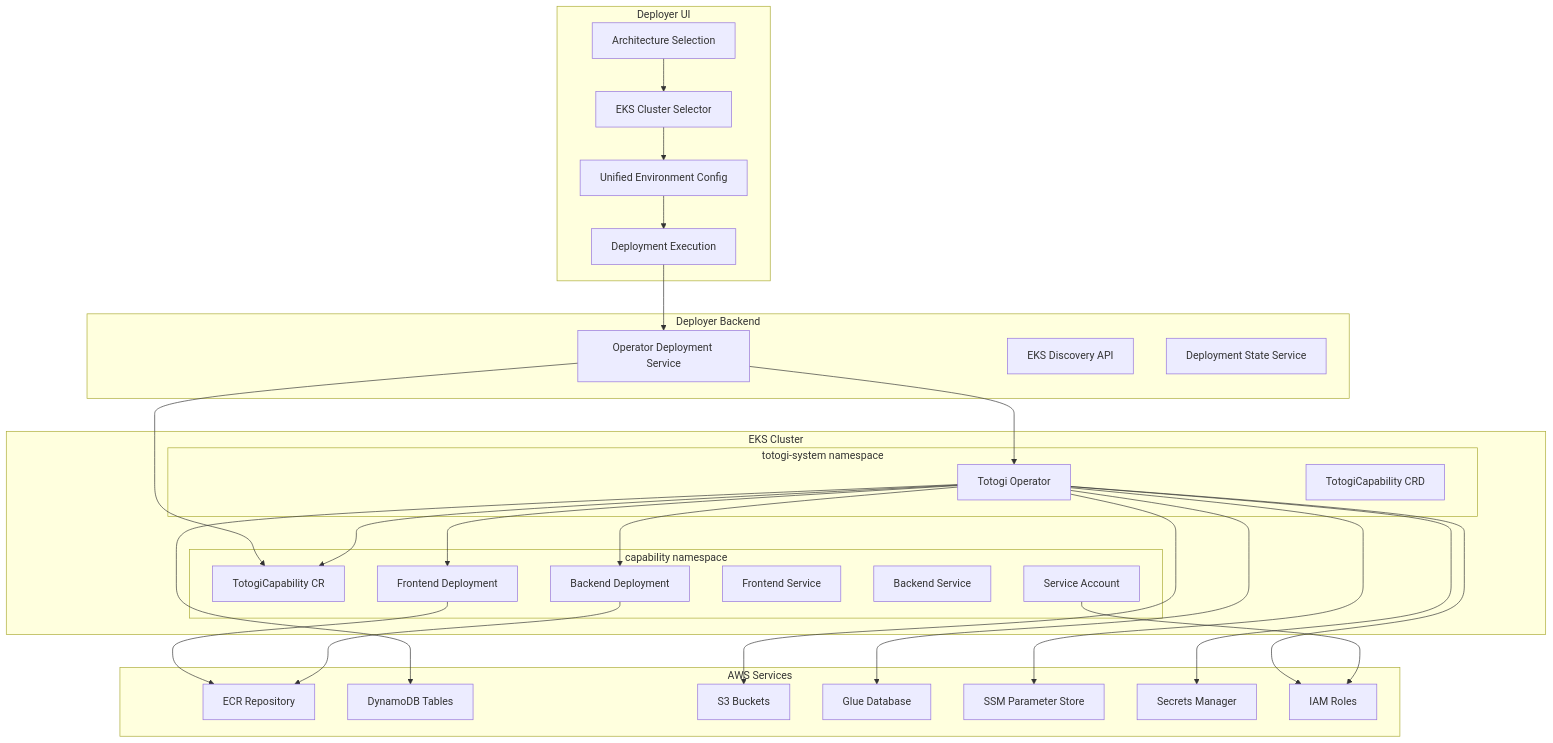
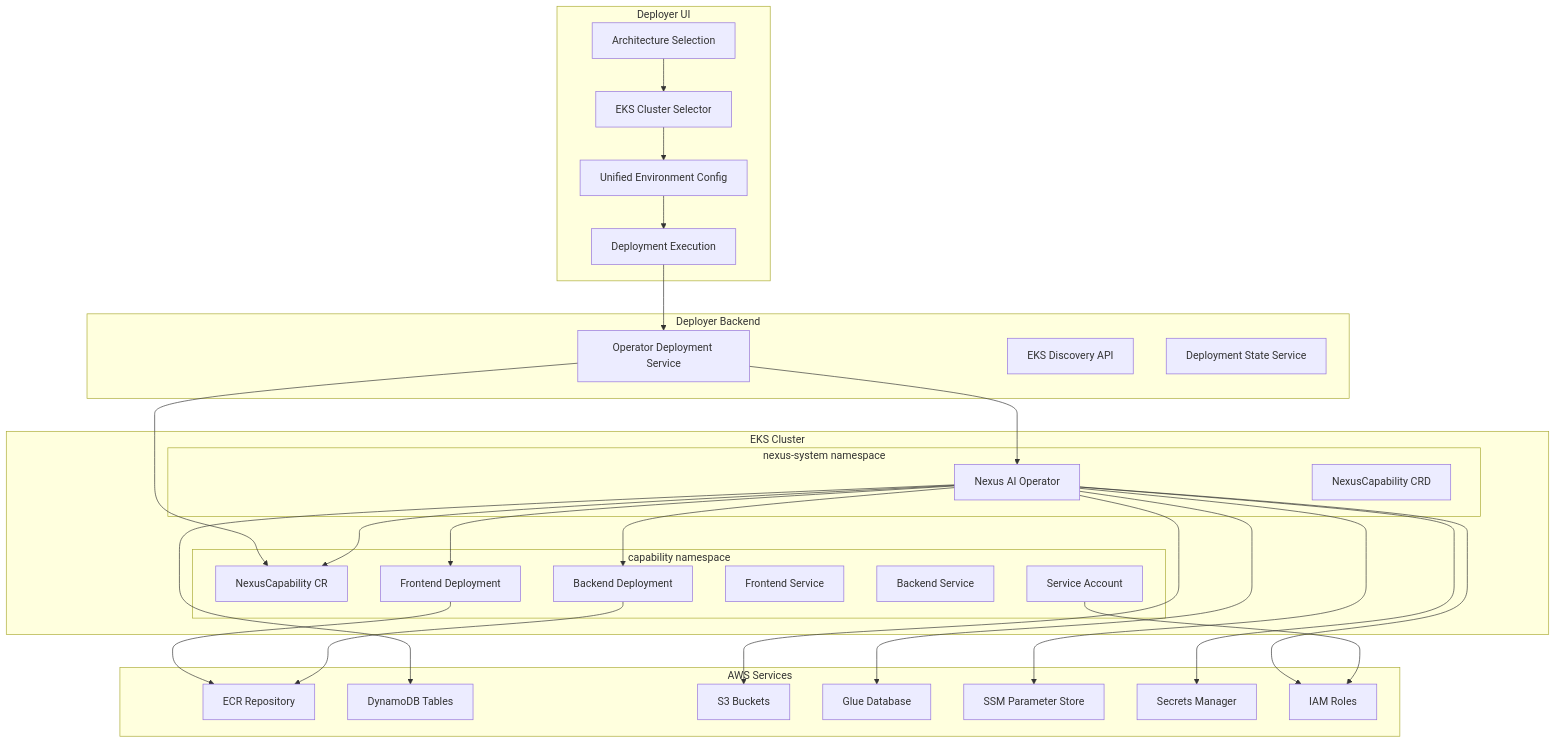
One commit to nexusdataai/nexus-deployer changed the diagram in .kiro/specs/pure-eks-deployment/design.md. Above: the diagram before and after it, drawn with Mermaid. The commit also changed other lines of this file and 198 other files, not shown here.

````diff
--- a/.kiro/specs/pure-eks-deployment/design.md
+++ b/.kiro/specs/pure-eks-deployment/design.md
@@ -15,63 +16,63 @@
 ```mermaid
 graph TB
     subgraph "Deployer UI"
         AS[Architecture Selection]
         ECS[EKS Cluster Selector]
         UEC[Unified Environment Config]
         DE[Deployment Execution]
     end
     
     subgraph "Deployer Backend"
         ODS[Operator Deployment Service]
         EKS_API[EKS Discovery API]
         STATE[Deployment State Service]
     end
     
     subgraph "EKS Cluster"
-        subgraph "totogi-system namespace"
-            OP[Totogi Operator]
-            CRD[TotogiCapability CRD]
+        subgraph "nexus-system namespace"
+            OP[Nexus AI Operator]
+            CRD[NexusCapability CRD]
         end
         
         subgraph "capability namespace"
-            CR[TotogiCapability CR]
+            CR[NexusCapability CR]
             FE_DEP[Frontend Deployment]
             BE_DEP[Backend Deployment]
             FE_SVC[Frontend Service]
             BE_SVC[Backend Service]
             SA[Service Account]
         end
     end
     
     subgraph "AWS Services"
         ECR[ECR Repository]
         DDB[DynamoDB Tables]
         S3[S3 Buckets]
         GLUE[Glue Database]
         SSM[SSM Parameter Store]
         SM[Secrets Manager]
         IAM[IAM Roles]
     end
     
     AS --> ECS
     ECS --> UEC
     UEC --> DE
     
     DE --> ODS
     ODS --> OP
     ODS --> CR
     
     OP --> CR
     OP --> FE_DEP
     OP --> BE_DEP
     OP --> DDB
     OP --> S3
     OP --> GLUE
     OP --> SSM
     OP --> SM
     OP --> IAM
     
     FE_DEP --> ECR
     BE_DEP --> ECR
     SA --> IAM
 ```
````
